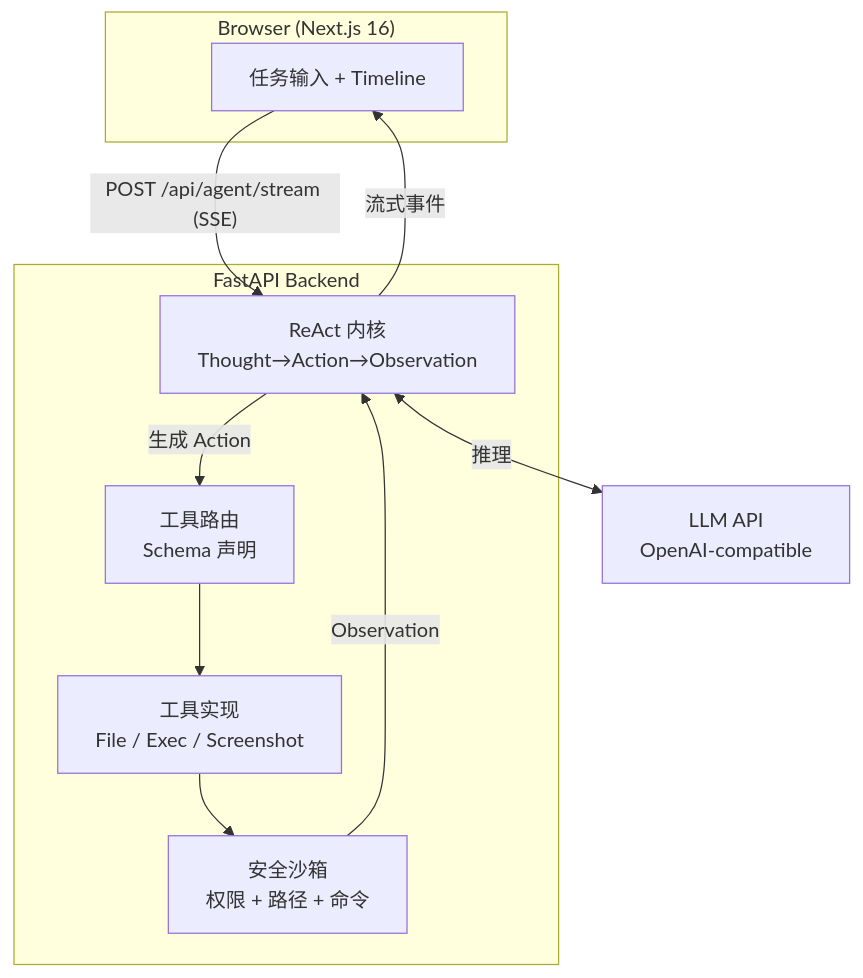
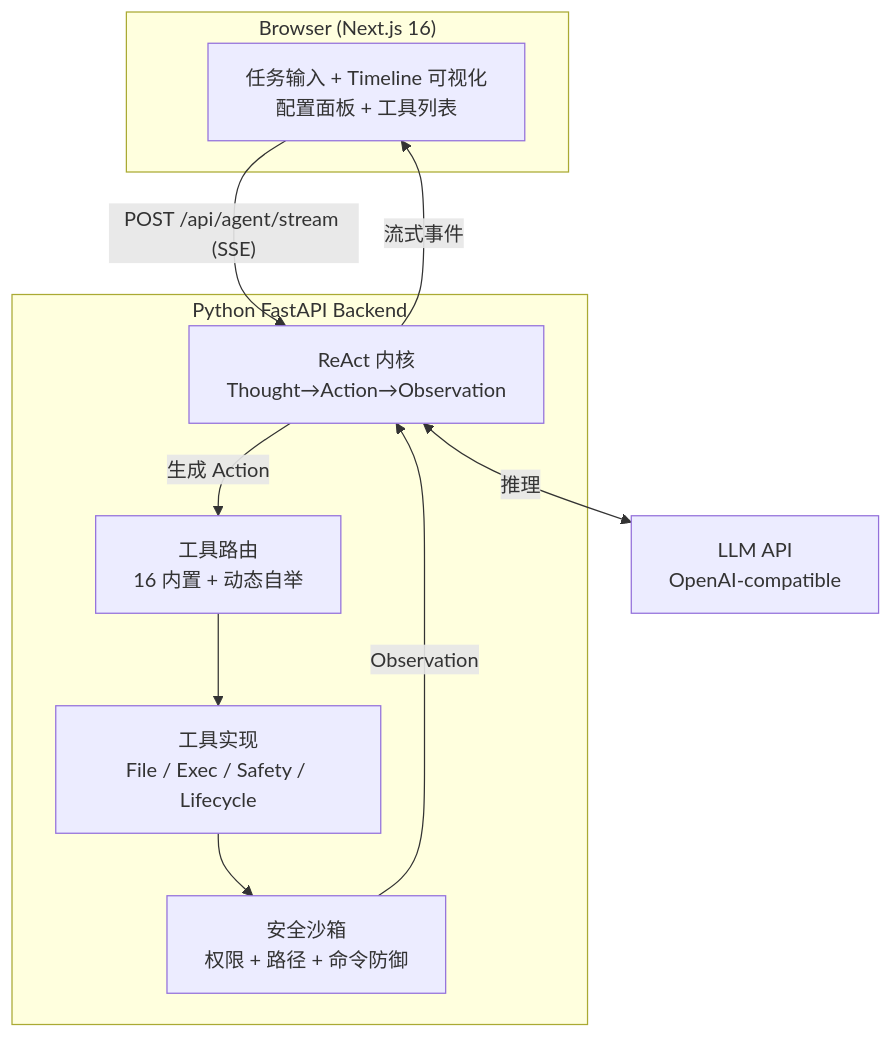
One commit to sorenjing/EvolveLab changed the diagram in README.md. Above: the diagram before and after it, drawn with Mermaid. The commit also changed other lines of this file and 5 other files, not shown here.

````diff
--- a/README.md
+++ b/README.md
@@ -77,23 +194,23 @@
 ```mermaid
 graph TB
     subgraph Browser["Browser (Next.js 16)"]
-        UI["任务输入 + Timeline"]
+        UI["任务输入 + Timeline 可视化<br/>配置面板 + 工具列表"]
     end
 
-    subgraph Backend["FastAPI Backend"]
+    subgraph Backend["Python FastAPI Backend"]
         Kernel["ReAct 内核<br/>Thought→Action→Observation"]
-        Router["工具路由<br/>Schema 声明"]
-        Tools["工具实现<br/>File / Exec / Screenshot"]
-        Sandbox["安全沙箱<br/>权限 + 路径 + 命令"]
+        Router["工具路由<br/>16 内置 + 动态自举"]
+        Tools["工具实现<br/>File / Exec / Safety / Lifecycle"]
+        Sandbox["安全沙箱<br/>权限 + 路径 + 命令防御"]
     end
 
     LLM["LLM API<br/>OpenAI-compatible"]
 
     UI -->|"POST /api/agent/stream (SSE)"| Kernel
     Kernel -->|"生成 Action"| Router
     Router --> Tools
     Tools --> Sandbox
     Sandbox -->|"Observation"| Kernel
     Kernel -->|"流式事件"| UI
     Kernel <-->|"推理"| LLM
 ```
````
